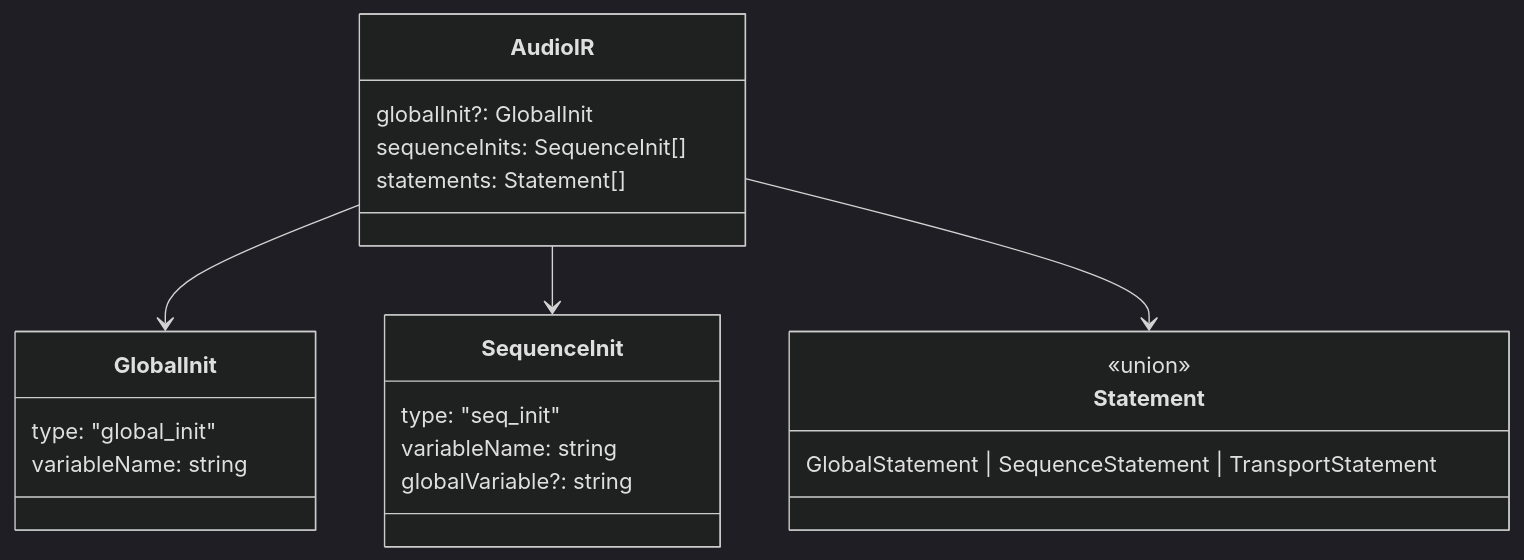
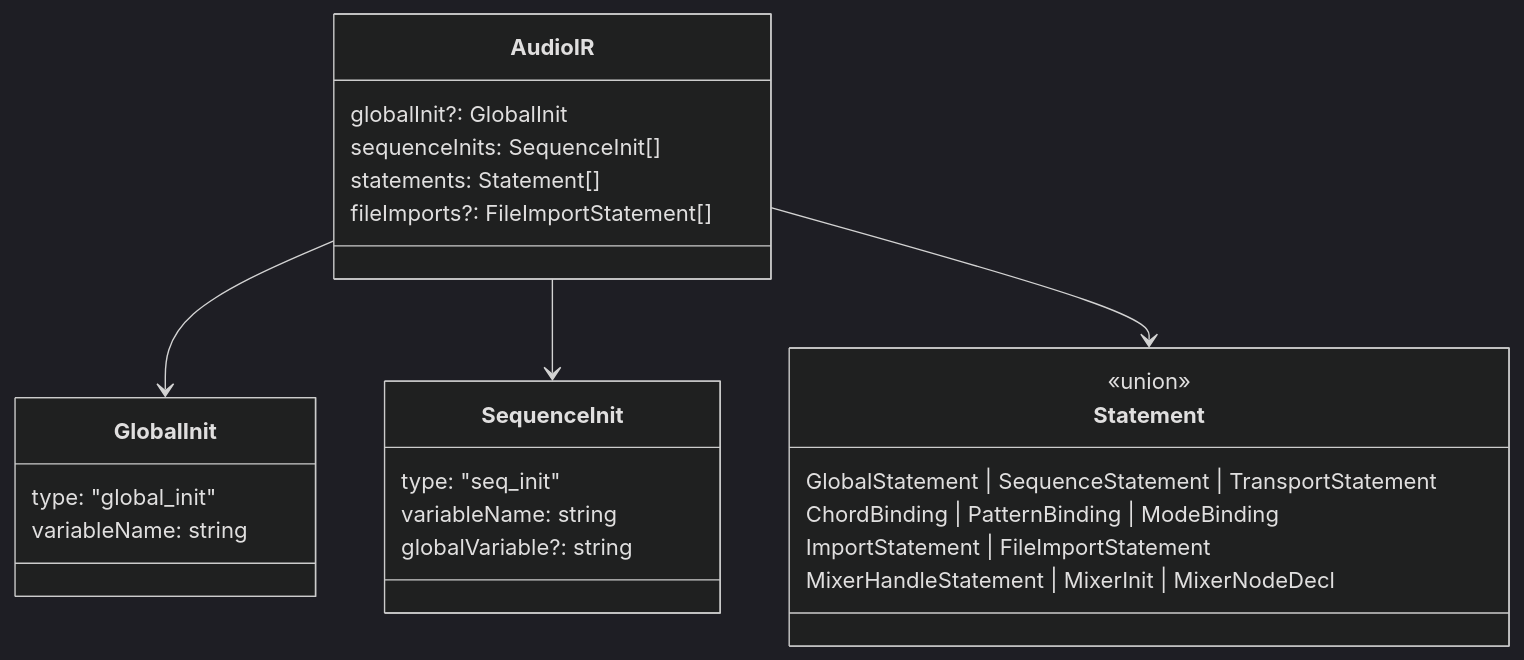
One commit to signalcompose/orbitscore changed the second of 2 diagrams in sites/dev/en/pipeline/text-to-ast.md. Above: the diagram before and after it, drawn with Mermaid (dark theme). The commit also changed other lines of this file and 14 other files, not shown here.

````diff
--- a/sites/dev/en/pipeline/text-to-ast.md
+++ b/sites/dev/en/pipeline/text-to-ast.md
@@ -175,24 +221,28 @@
 ```mermaid
 classDiagram
   class AudioIR {
     globalInit?: GlobalInit
     sequenceInits: SequenceInit[]
     statements: Statement[]
+    fileImports?: FileImportStatement[]
   }
   class GlobalInit {
     type: "global_init"
     variableName: string
   }
   class SequenceInit {
     type: "seq_init"
     variableName: string
     globalVariable?: string
   }
   class Statement {
     <<union>>
     GlobalStatement | SequenceStatement | TransportStatement
+    ChordBinding | PatternBinding | ModeBinding
+    ImportStatement | FileImportStatement
+    MixerHandleStatement | MixerInit | MixerNodeDecl
   }
   AudioIR --> GlobalInit
   AudioIR --> SequenceInit
   AudioIR --> Statement
 ```
````
